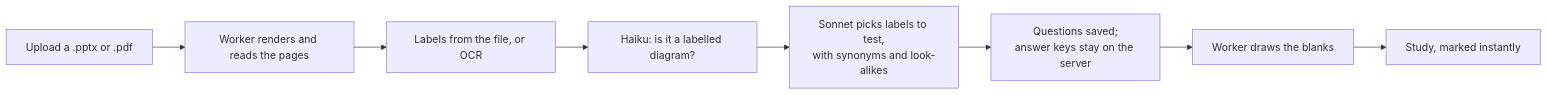
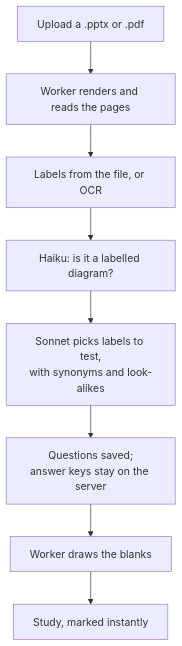
One commit to MRndy1/figurequiz changed the diagram in README.md. Above: the diagram before and after it, drawn with Mermaid.

Commit message:
FigureQuiz source as of 2026-10-28 (3200207)

````diff
--- a/README.md
+++ b/README.md
@@ -27,10 +27,10 @@
 ```mermaid
-flowchart LR
+flowchart TD
   A[Upload a .pptx or .pdf] --> B[Worker renders and reads the pages]
   B --> C[Labels from the file, or OCR]
   C --> D[Haiku: is it a labelled diagram?]
   D --> E[Sonnet picks labels to test,<br/>with synonyms and look-alikes]
   E --> F[Questions saved;<br/>answer keys stay on the server]
   F --> G[Worker draws the blanks]
   G --> H[Study, marked instantly]
 ```
````
